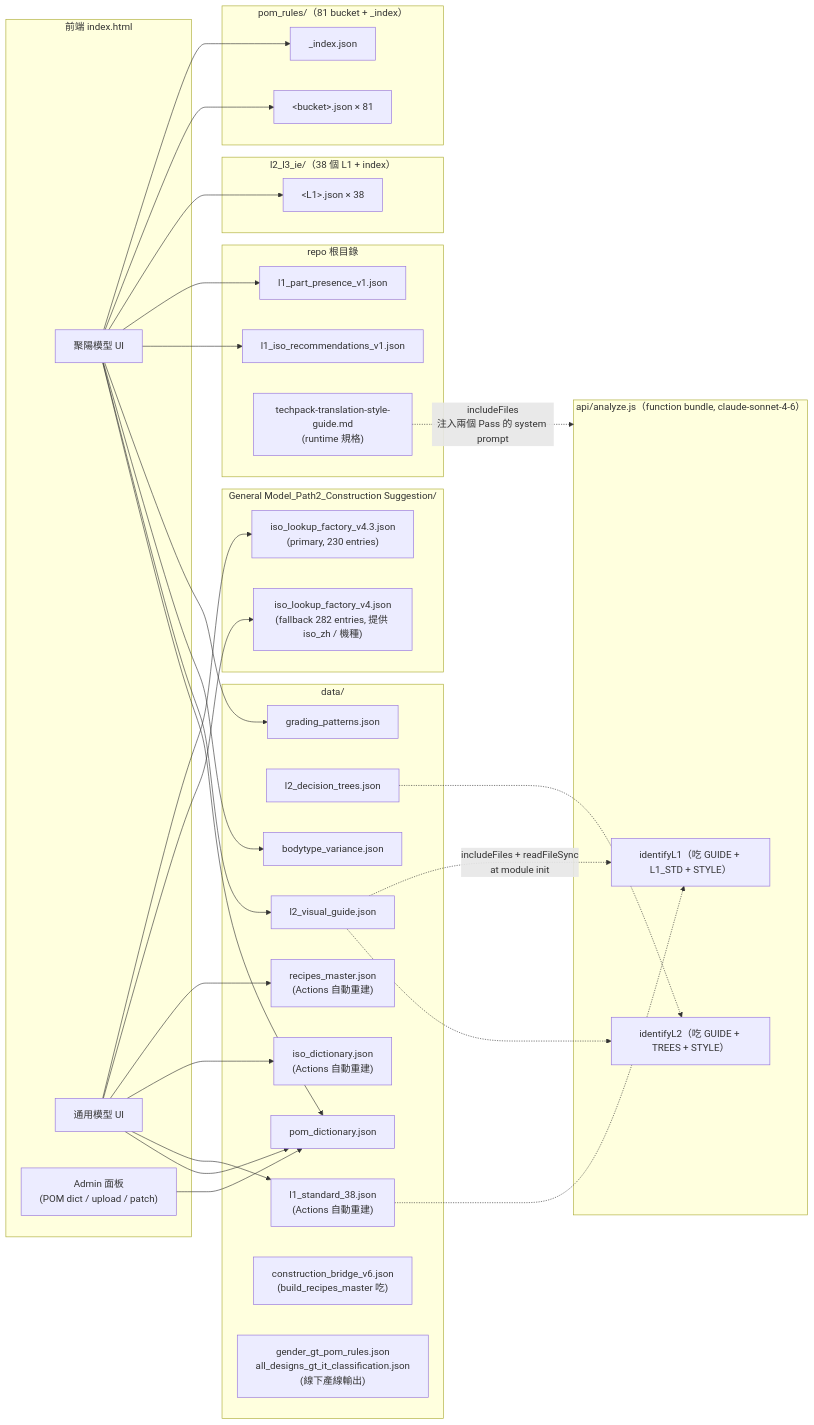
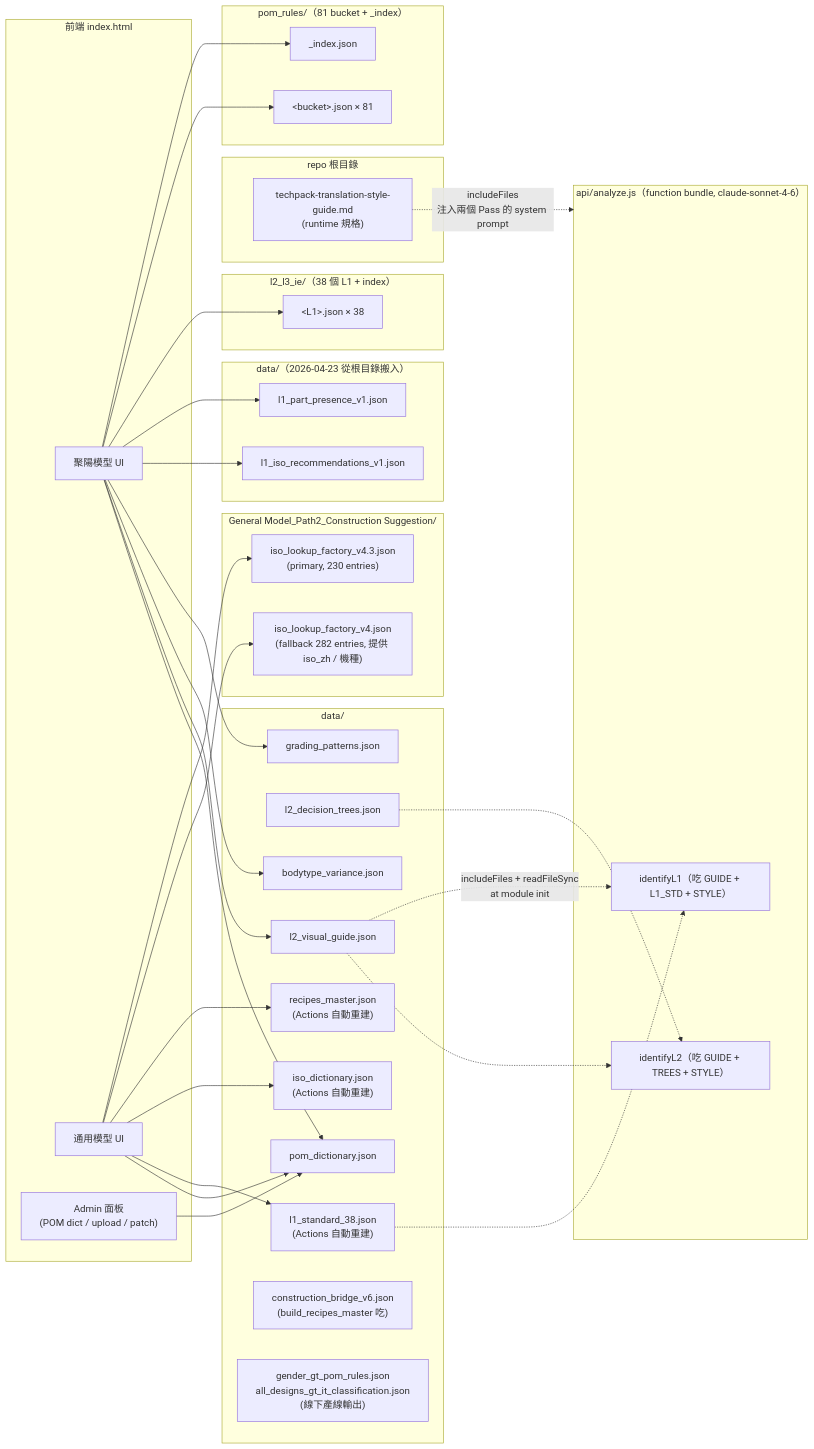
Before and after one commit to ellyfd/stytrix-techpack: the third of 4 diagrams in 網站架構圖.md, drawn with Mermaid. The commit also changed other lines of this file and 7 other files, not shown here.

````diff
--- a/網站架構圖.md
+++ b/網站架構圖.md
@@ -100,77 +100,80 @@
 ```mermaid
 flowchart LR
   subgraph Front["前端 index.html"]
     FE_make["聚陽模型 UI"]
     FE_uni["通用模型 UI"]
     FE_admin["Admin 面板<br/>(POM dict / upload / patch)"]
   end
 
   subgraph Fn["api/analyze.js（function bundle, claude-sonnet-4-6）"]
     FN_pass1["identifyL1（吃 GUIDE + L1_STD + STYLE）"]
     FN_pass2["identifyL2（吃 GUIDE + TREES + STYLE）"]
   end
 
   subgraph DataDir["data/"]
     D_guide["l2_visual_guide.json"]
     D_trees["l2_decision_trees.json"]
     D_grading["grading_patterns.json"]
     D_bodyvar["bodytype_variance.json"]
     D_pomdict["pom_dictionary.json"]
     D_recipes["recipes_master.json<br/>(Actions 自動重建)"]
     D_isodict["iso_dictionary.json<br/>(Actions 自動重建)"]
     D_l1std["l1_standard_38.json<br/>(Actions 自動重建)"]
     D_bridge["construction_bridge_v6.json<br/>(build_recipes_master 吃)"]
     D_gender["gender_gt_pom_rules.json<br/>all_designs_gt_it_classification.json<br/>(線下產線輸出)"]
   end
 
   subgraph PomRules["pom_rules/（81 bucket + _index）"]
     P_index["_index.json"]
     P_files["&lt;bucket&gt;.json × 81"]
   end
 
   subgraph IE["l2_l3_ie/（38 個 L1 + index）"]
     IE_files["&lt;L1&gt;.json × 38"]
   end
 
   subgraph Path2["General Model_Path2_Construction Suggestion/"]
     G_v43["iso_lookup_factory_v4.3.json<br/>(primary, 230 entries)"]
     G_v4["iso_lookup_factory_v4.json<br/>(fallback 282 entries, 提供 iso_zh / 機種)"]
   end
 
   subgraph Root["repo 根目錄"]
+    R_style["techpack-translation-style-guide.md<br/>(runtime 規格)"]
+  end
+
+  subgraph DataL1["data/（2026-04-23 從根目錄搬入）"]
     R_pres["l1_part_presence_v1.json"]
     R_iso["l1_iso_recommendations_v1.json"]
-    R_style["techpack-translation-style-guide.md<br/>(runtime 規格)"]
   end
 
   %% function bundle (compile-time include)
   D_guide -. "includeFiles + readFileSync<br/>at module init" .-> FN_pass1
   D_l1std -.-> FN_pass1
   D_guide -.-> FN_pass2
   D_trees -.-> FN_pass2
   R_style -. "includeFiles<br/>注入兩個 Pass 的 system prompt" .-> Fn
 
   %% 聚陽模型 runtime fetch
   FE_make --> P_index
   FE_make --> P_files
   FE_make --> IE_files
   FE_make --> R_pres
   FE_make --> R_iso
   FE_make --> D_grading
   FE_make --> D_bodyvar
   FE_make --> D_guide
 
   %% 通用模型 runtime fetch
   FE_uni --> G_v43
   FE_uni --> G_v4
   FE_uni --> D_recipes
   FE_uni --> D_isodict
   FE_uni --> D_l1std
 
   %% 共用
   FE_make --> D_pomdict
   FE_uni --> D_pomdict
 
   %% admin
   FE_admin --> D_pomdict
 ```
````
